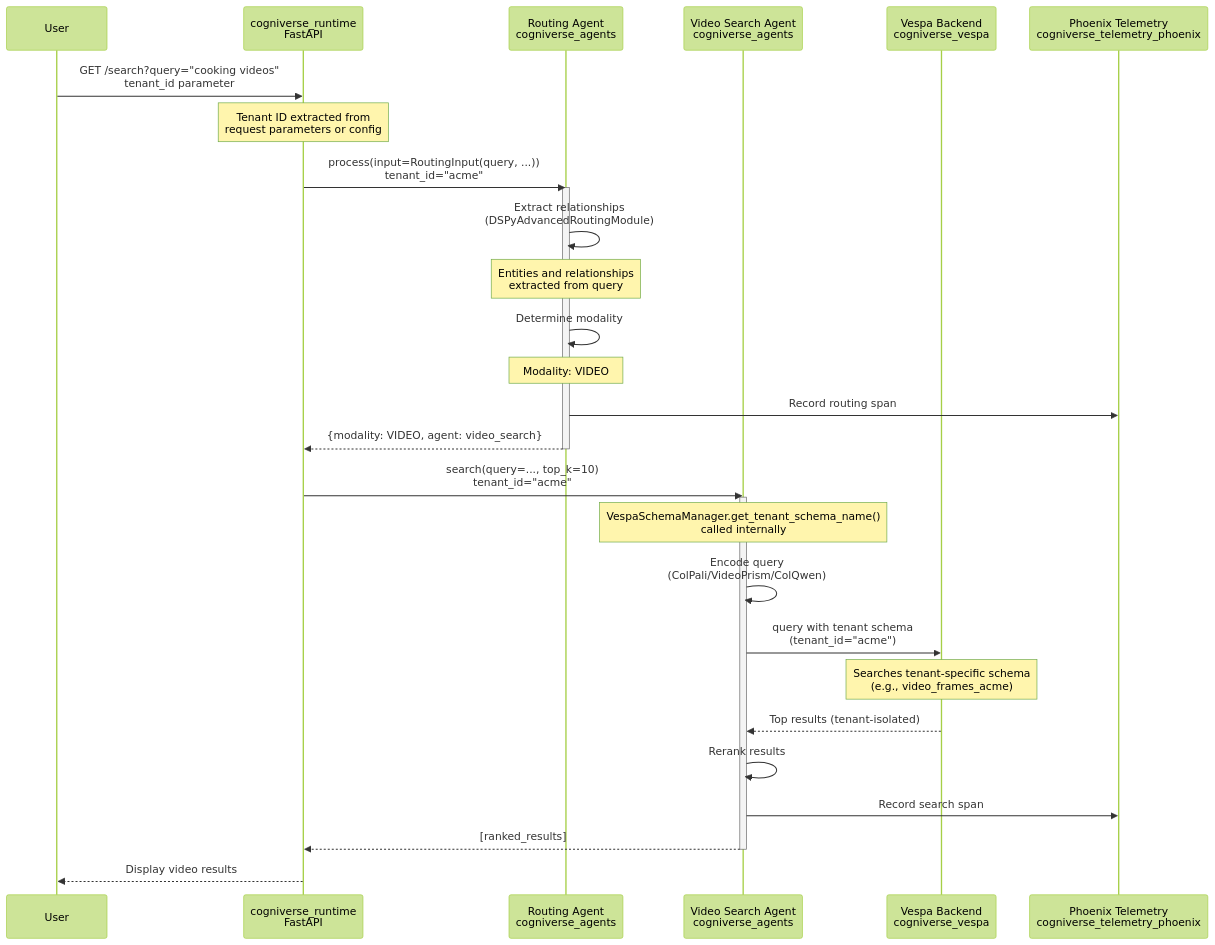
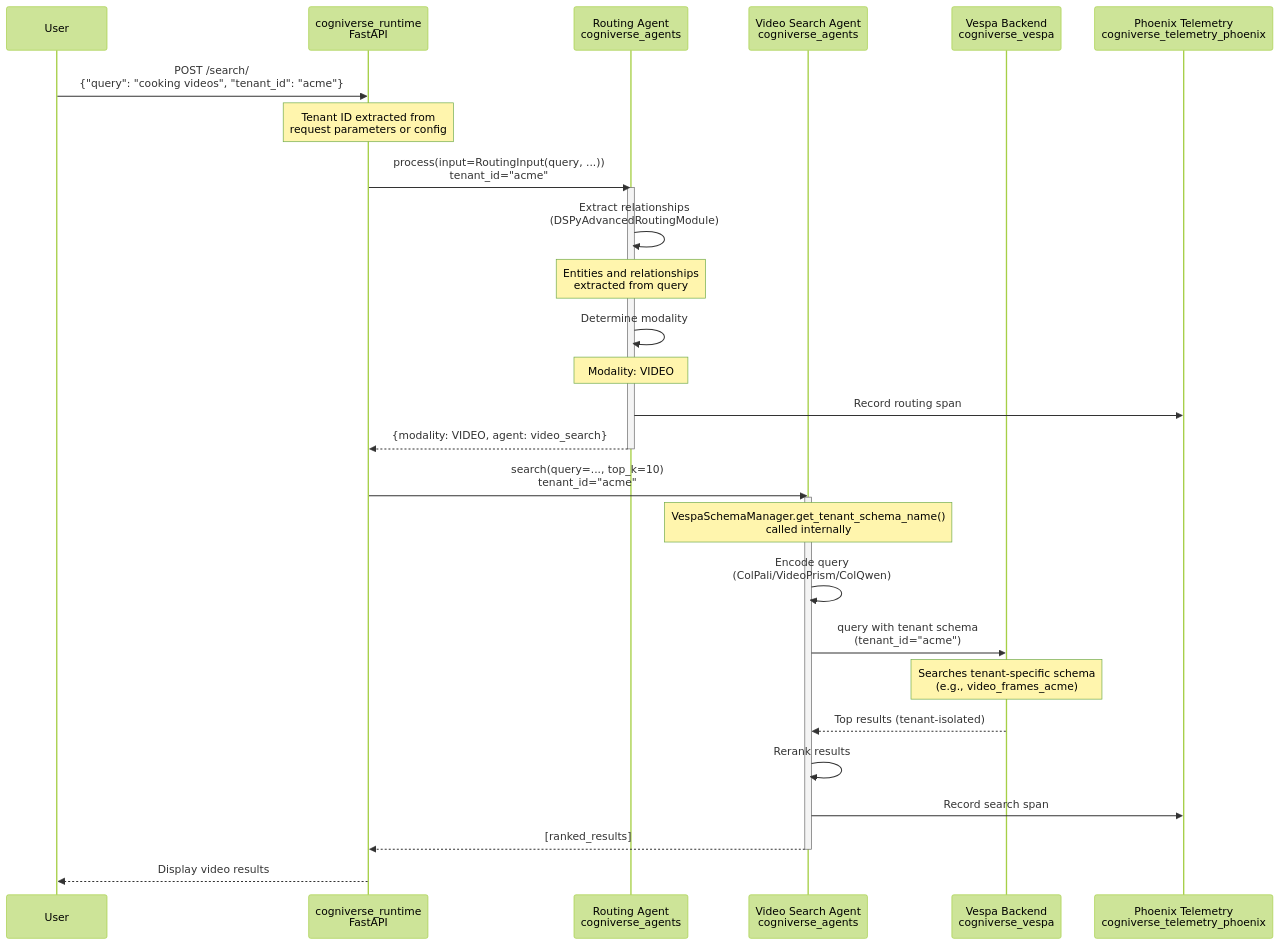
One commit to amit-jain/cogniverse changed the second of 24 diagrams in docs/architecture/system-flows.md. Above: the diagram before and after it, drawn with Mermaid (forest theme). The commit also changed other lines of this file and 30 other files, not shown here.

````diff
--- a/docs/architecture/system-flows.md
+++ b/docs/architecture/system-flows.md
@@ -87,39 +87,39 @@
 ```mermaid
 sequenceDiagram
     participant User
     participant Runtime as cogniverse_runtime<br/>FastAPI
     participant Routing as Routing Agent<br/>cogniverse_agents
     participant VideoAgent as Video Search Agent<br/>cogniverse_agents
     participant Vespa as Vespa Backend<br/>cogniverse_vespa
     participant Phoenix as Phoenix Telemetry<br/>cogniverse_telemetry_phoenix
 
-    User->>Runtime: GET /search?query="cooking videos"<br/>tenant_id parameter
+    User->>Runtime: POST /search/<br/>{"query": "cooking videos", "tenant_id": "acme"}
 
     Note over Runtime: Tenant ID extracted from<br/>request parameters or config
 
     Runtime->>Routing: process(input=RoutingInput(query, ...))<br/>tenant_id="acme"
 
     activate Routing
     Routing->>Routing: Extract relationships<br/>(DSPyAdvancedRoutingModule)
     Note over Routing: Entities and relationships<br/>extracted from query
     Routing->>Routing: Determine modality
     Note over Routing: Modality: VIDEO
     Routing->>Phoenix: Record routing span
     Routing-->>Runtime: {modality: VIDEO, agent: video_search}
     deactivate Routing
 
     Runtime->>VideoAgent: search(query=..., top_k=10)<br/>tenant_id="acme"
 
     activate VideoAgent
     Note over VideoAgent: VespaSchemaManager.get_tenant_schema_name()<br/>called internally
     VideoAgent->>VideoAgent: Encode query<br/>(ColPali/VideoPrism/ColQwen)
     VideoAgent->>Vespa: query with tenant schema<br/>(tenant_id="acme")
     Note over Vespa: Searches tenant-specific schema<br/>(e.g., video_frames_acme)
     Vespa-->>VideoAgent: Top results (tenant-isolated)
     VideoAgent->>VideoAgent: Rerank results
     VideoAgent->>Phoenix: Record search span
     VideoAgent-->>Runtime: [ranked_results]
     deactivate VideoAgent
 
     Runtime-->>User: Display video results
 ```
````
